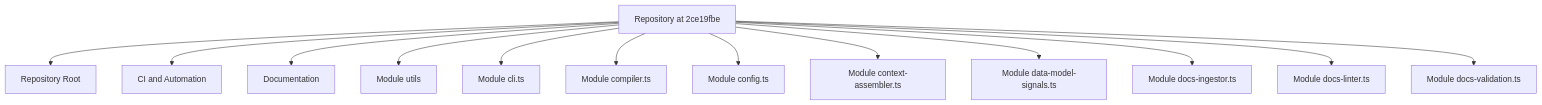
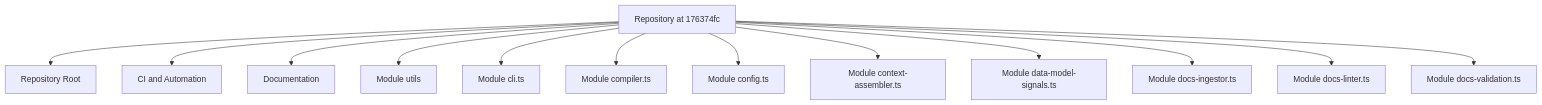
The diagram in Architecture.md (mfittko/repo-wiki), drawn with Mermaid before and after one commit. The commit also changed other lines of this file and 43 other files, not shown here.

````diff
--- a/Architecture.md
+++ b/Architecture.md
@@ -17,16 +17,16 @@
 ```mermaid
 flowchart TD
-  Repo[Repository at 2ce19fbe]
+  Repo[Repository at 176374fc]
   Repo --> M0[Repository Root]
   Repo --> M1[CI and Automation]
   Repo --> M2[Documentation]
   Repo --> M3[Module utils]
   Repo --> M4[Module cli.ts]
   Repo --> M5[Module compiler.ts]
   Repo --> M6[Module config.ts]
   Repo --> M7[Module context-assembler.ts]
   Repo --> M8[Module data-model-signals.ts]
   Repo --> M9[Module docs-ingestor.ts]
   Repo --> M10[Module docs-linter.ts]
   Repo --> M11[Module docs-validation.ts]
 ```
````
